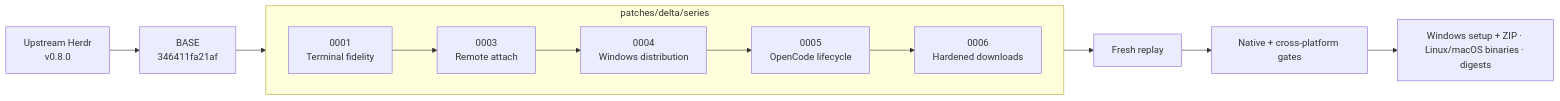
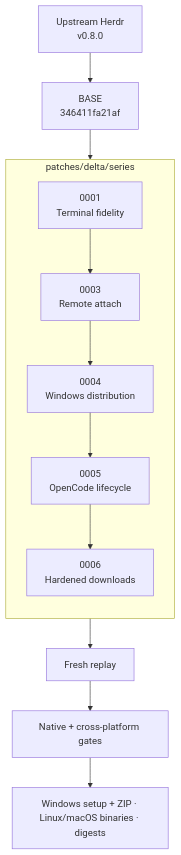
One commit to hdosys/herdr-win changed the diagram in README.md. Above: the diagram before and after it, drawn with Mermaid. The commit also changed 1 other file, not shown here.

Commit message:
docs: make patch flow diagram vertical

````diff
--- a/README.md
+++ b/README.md
@@ -54,17 +54,17 @@
 ```mermaid
-flowchart LR
+flowchart TB
     U["Upstream Herdr<br/>v0.8.0"] --> B["BASE<br/>346411fa21af"]
 
     subgraph Q["patches/delta/series"]
-        direction LR
+        direction TB
         P1["0001<br/>Terminal fidelity"] --> P3["0003<br/>Remote attach"]
         P3 --> P4["0004<br/>Windows distribution"]
         P4 --> P5["0005<br/>OpenCode lifecycle"]
         P5 --> P6["0006<br/>Hardened downloads"]
     end
 
     B --> P1
     P6 --> R["Fresh replay"]
     R --> G["Native + cross-platform gates"]
     G --> A["Windows setup + ZIP · Linux/macOS binaries · digests"]
 ```
````
